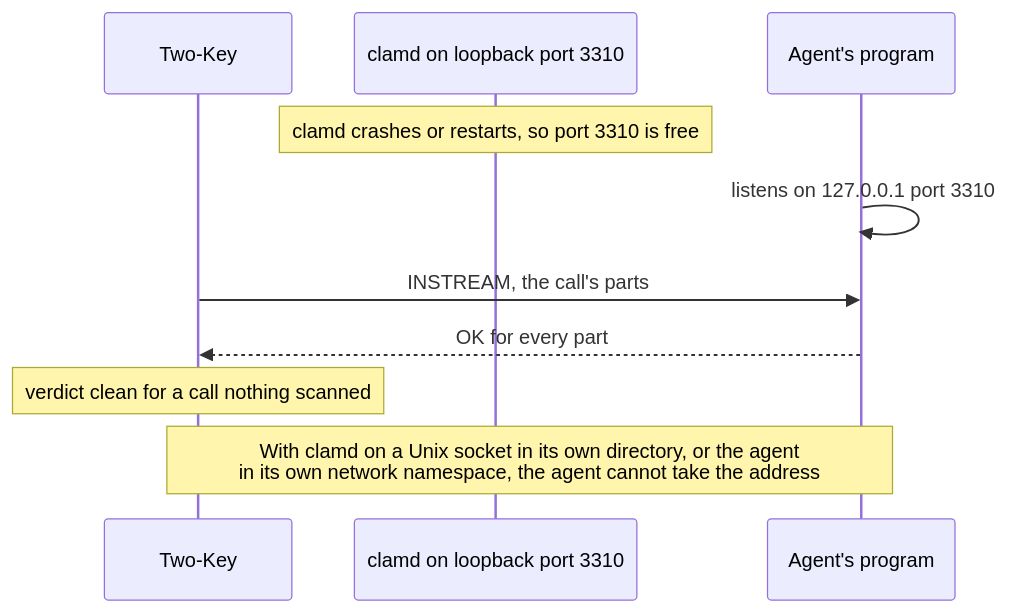
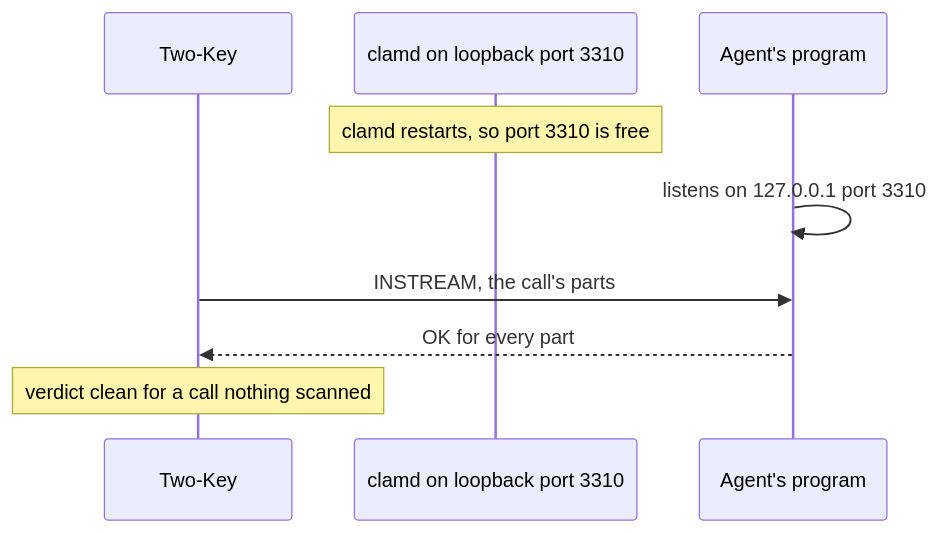
One commit to Insomniac-VibeLabs/two-key changed the fifth of 5 diagrams in docs/CONNECTING.md. Above: the diagram before and after it, drawn with Mermaid. The commit also changed other lines of this file and 12 other files, not shown here.

First line of the commit message:
Redraw every diagram to one house style, checked by a test (#29)

````diff
--- a/docs/CONNECTING.md
+++ b/docs/CONNECTING.md
@@ -400,12 +406,11 @@
 ```mermaid
 sequenceDiagram
   participant TK as Two-Key
   participant AV as clamd on loopback port 3310
   participant Fake as Agent's program
-  Note over AV: clamd crashes or restarts, so port 3310 is free
+  Note over AV: clamd restarts, so port 3310 is free
   Fake->>Fake: listens on 127.0.0.1 port 3310
   TK->>Fake: INSTREAM, the call's parts
   Fake-->>TK: OK for every part
   Note over TK: verdict clean for a call nothing scanned
-  Note over TK,Fake: With clamd on a Unix socket in its own directory, or the agent<br/>in its own network namespace, the agent cannot take the address
 ```
````
